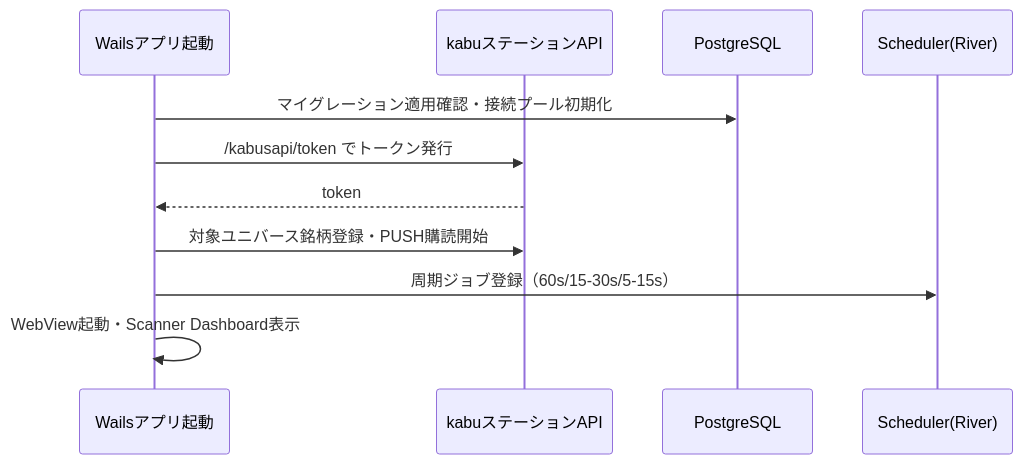
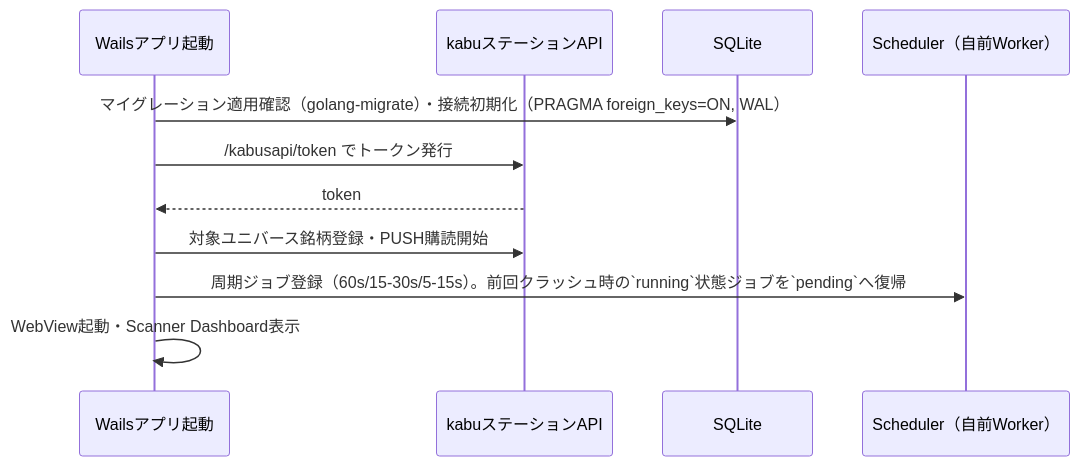
One commit to ousiassllc/pitha-trador changed the fourth of 6 diagrams in docs/architecture/overview.md. Above: the diagram before and after it, drawn with Mermaid. The commit also changed other lines of this file and 5 other files, not shown here.

````diff
--- a/docs/architecture/overview.md
+++ b/docs/architecture/overview.md
@@ -168,14 +244,14 @@
 ```mermaid
 sequenceDiagram
     participant App as Wailsアプリ起動
     participant KABU as kabuステーションAPI
-    participant DB as PostgreSQL
-    participant SCHED as Scheduler(River)
+    participant DB as SQLite
+    participant SCHED as Scheduler（自前Worker）
 
-    App->>DB: マイグレーション適用確認・接続プール初期化
+    App->>DB: マイグレーション適用確認（golang-migrate）・接続初期化（PRAGMA foreign_keys=ON, WAL）
     App->>KABU: /kabusapi/token でトークン発行
     KABU-->>App: token
     App->>KABU: 対象ユニバース銘柄登録・PUSH購読開始
-    App->>SCHED: 周期ジョブ登録（60s/15-30s/5-15s）
+    App->>SCHED: 周期ジョブ登録（60s/15-30s/5-15s）。前回クラッシュ時の`running`状態ジョブを`pending`へ復帰
     App->>App: WebView起動・Scanner Dashboard表示
 ```
````
